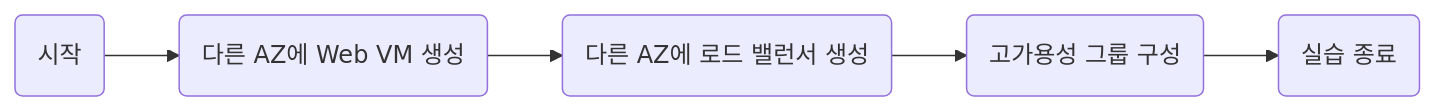
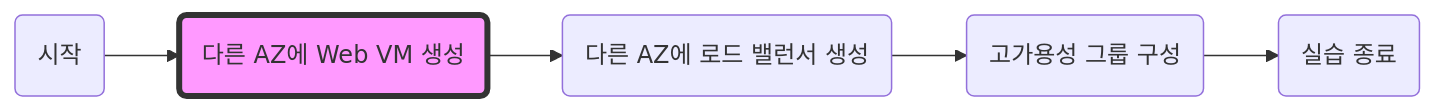
The diagram in EssentialBasicCourse/PracticalTextbook/Lab07.md (leekanghee4/-kakaocloud-edu), drawn with Mermaid before and after one commit.

Commit message:
ㅇㅇㅇ

````diff
--- a/EssentialBasicCourse/PracticalTextbook/Lab07.md
+++ b/EssentialBasicCourse/PracticalTextbook/Lab07.md
@@ -5,13 +5,13 @@
 ```mermaid
 graph LR
     시작(시작) --> VM생성(다른 AZ에 Web VM 생성)
     VM생성--> LB생성(다른 AZ에 로드 밸런서 생성)
     LB생성--> HA구성(고가용성 그룹 구성)
     HA구성 --> 종료(실습 종료)
     
     %% 강조
-    class 버킷생성,파일업로드,파일접근,권한설정,LifeCycle설정,버킷삭제 emphasized;
+    class VM생성,파일업로드,파일접근,권한설정,LifeCycle설정,버킷삭제 emphasized;
     %% 클래스 스타일
     classDef emphasized fill:#f9f,stroke:#333,stroke-width:4px;
     
 ```
````
